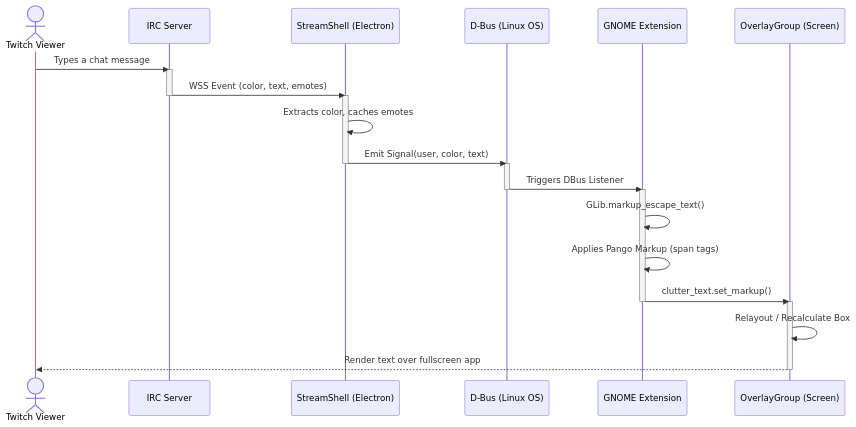
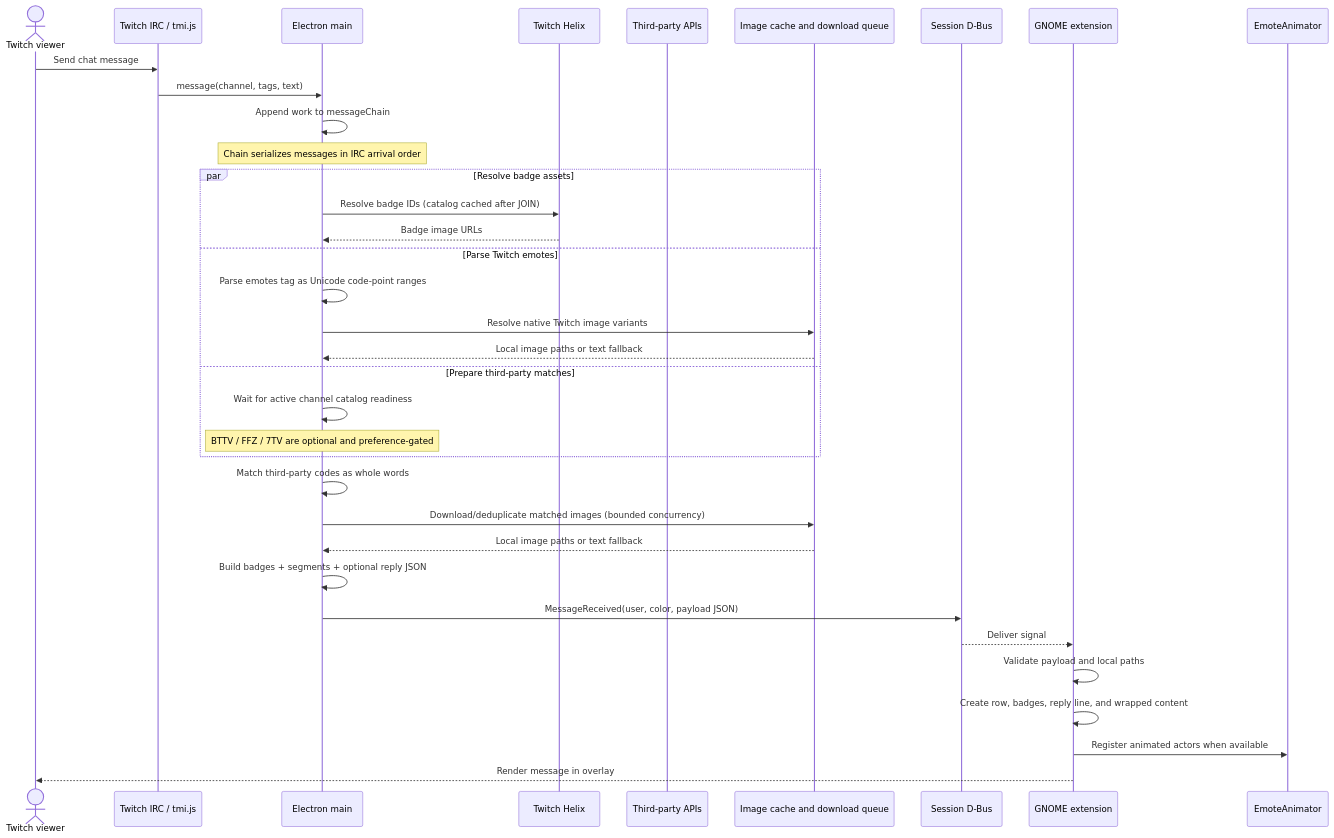
The first of 2 diagrams in docs/architecture/02-sequence-flow.md (tachirula/StreamShell), drawn with Mermaid before and after one commit. The commit also changed other lines of this file and 9 other files, not shown here.

First line of the commit message:
docs: update documentation for architecture and research

````diff
--- a/docs/architecture/02-sequence-flow.md
+++ b/docs/architecture/02-sequence-flow.md
@@ -5,34 +8,38 @@
 ```mermaid
 sequenceDiagram
-    actor Viewer as Twitch Viewer
-    participant Twitch as IRC Server
-    participant Electron as StreamShell (Electron)
-    participant DBus as D-Bus (Linux OS)
-    participant Gnome as GNOME Extension
-    participant Clutter as OverlayGroup (Screen)
+    actor Viewer as Twitch viewer
+    participant IRC as Twitch IRC / tmi.js
+    participant Main as Electron main
+    participant Helix as Twitch Helix
+    participant Catalog as Third-party APIs
+    participant Cache as Image cache and download queue
+    participant Bus as Session D-Bus
+    participant Ext as GNOME extension
+    participant Animator as EmoteAnimator
 
-    Viewer->>Twitch: Types a chat message
-    activate Twitch
-    Twitch->>Electron: WSS Event (color, text, emotes)
-    deactivate Twitch
-
-    activate Electron
-    Electron->>Electron: Extracts color, caches emotes
-    Electron->>DBus: Emit Signal(user, color, text)
-    deactivate Electron
-
-    activate DBus
-    DBus->>Gnome: Triggers DBus Listener
-    deactivate DBus
-
-    activate Gnome
-    Gnome->>Gnome: GLib.markup_escape_text()
-    Gnome->>Gnome: Applies Pango Markup (span tags)
-    Gnome->>Clutter: clutter_text.set_markup()
-    deactivate Gnome
-
-    activate Clutter
-    Clutter->>Clutter: Relayout / Recalculate Box
-    Clutter-->>Viewer: Render text over fullscreen app
-    deactivate Clutter
+    Viewer->>IRC: Send chat message
+    IRC->>Main: message(channel, tags, text)
+    Main->>Main: Append work to messageChain
+    Note over Main: Chain serializes messages in IRC arrival order
+    par Resolve badge assets
+        Main->>Helix: Resolve badge IDs (catalog cached after JOIN)
+        Helix-->>Main: Badge image URLs
+    and Parse Twitch emotes
+        Main->>Main: Parse emotes tag as Unicode code-point ranges
+        Main->>Cache: Resolve native Twitch image variants
+        Cache-->>Main: Local image paths or text fallback
+    and Prepare third-party matches
+        Main->>Main: Wait for active channel catalog readiness
+        Note over Main: BTTV / FFZ / 7TV are optional and preference-gated
+    end
+    Main->>Main: Match third-party codes as whole words
+    Main->>Cache: Download/deduplicate matched images (bounded concurrency)
+    Cache-->>Main: Local image paths or text fallback
+    Main->>Main: Build badges + segments + optional reply JSON
+    Main->>Bus: MessageReceived(user, color, payload JSON)
+    Bus-->>Ext: Deliver signal
+    Ext->>Ext: Validate payload and local paths
+    Ext->>Ext: Create row, badges, reply line, and wrapped content
+    Ext->>Animator: Register animated actors when available
+    Ext-->>Viewer: Render message in overlay
 ```
````
